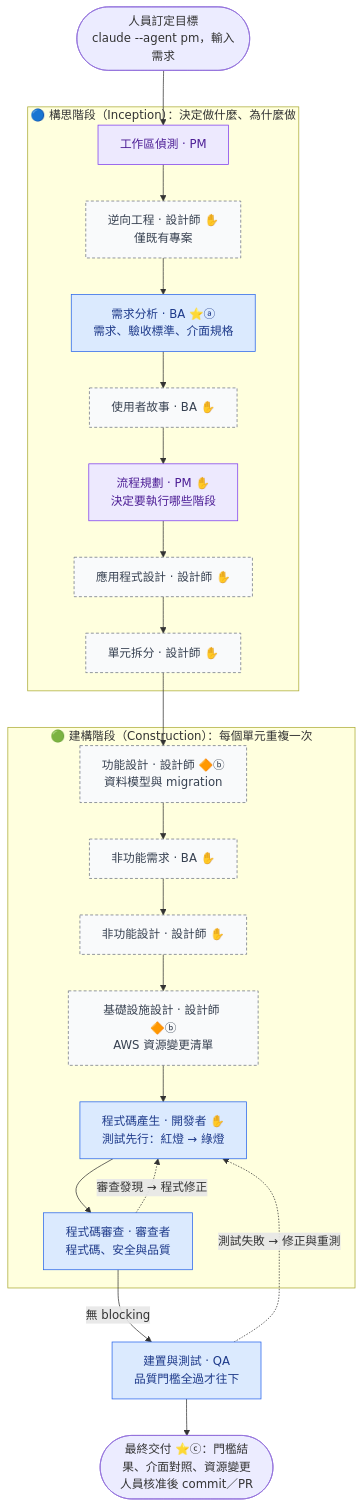
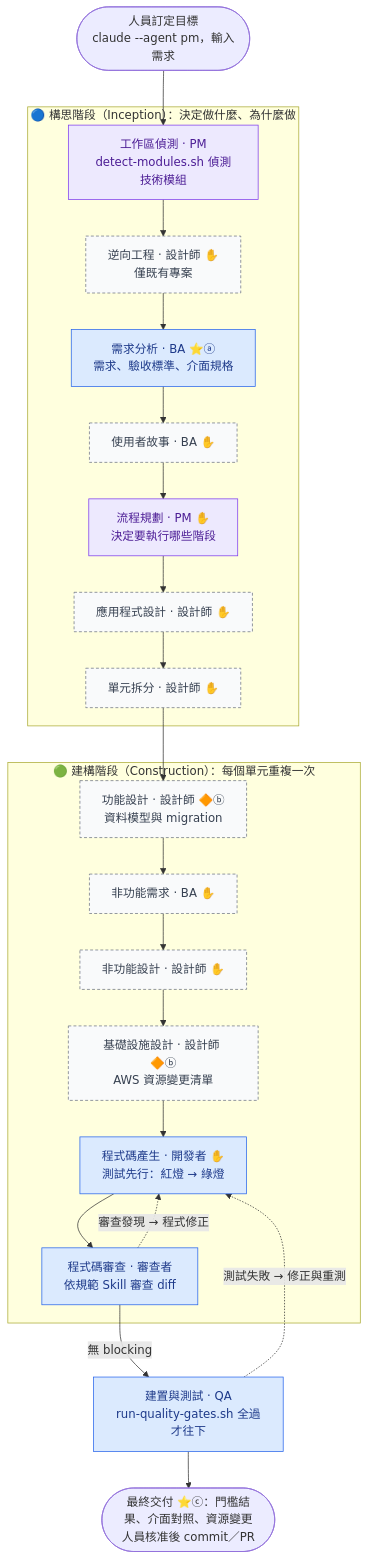
One commit to shihjosh/Personal-AI-DLC changed the second of 4 diagrams in README.md. Above: the diagram before and after it, drawn with Mermaid. The commit also changed other lines of this file and 24 other files, not shown here.

````diff
--- a/README.md
+++ b/README.md
@@ -68,38 +68,38 @@
 ```mermaid
 flowchart TD
     START(["人員訂定目標<br/>claude --agent pm，輸入需求"]) --> WD
 
     subgraph INCEPTION["🔵 構思階段（Inception）：決定做什麼、為什麼做"]
-        WD["工作區偵測 · PM"]
+        WD["工作區偵測 · PM<br/>detect-modules.sh 偵測技術模組"]
         RE["逆向工程 · 設計師 ✋<br/>僅既有專案"]
         RA["需求分析 · BA ⭐ⓐ<br/>需求、驗收標準、介面規格"]
         US["使用者故事 · BA ✋"]
         WP["流程規劃 · PM ✋<br/>決定要執行哪些階段"]
         AD["應用程式設計 · 設計師 ✋"]
         UG["單元拆分 · 設計師 ✋"]
         WD --> RE --> RA --> US --> WP --> AD --> UG
     end
 
     subgraph CONSTRUCTION["🟢 建構階段（Construction）：每個單元重複一次"]
         FD["功能設計 · 設計師 🔶ⓑ<br/>資料模型與 migration"]
         NR["非功能需求 · BA ✋"]
         ND["非功能設計 · 設計師 ✋"]
         ID["基礎設施設計 · 設計師 🔶ⓑ<br/>AWS 資源變更清單"]
         CG["程式碼產生 · 開發者 ✋<br/>測試先行：紅燈 → 綠燈"]
-        CR["程式碼審查 · 審查者<br/>程式碼、安全與品質"]
+        CR["程式碼審查 · 審查者<br/>依規範 Skill 審查 diff"]
         FD --> NR --> ND --> ID --> CG --> CR
         CR -.->|審查發現 → 程式修正| CG
     end
 
     UG --> FD
-    CR -->|無 blocking| BT["建置與測試 · QA<br/>品質門檻全過才往下"]
+    CR -->|無 blocking| BT["建置與測試 · QA<br/>run-quality-gates.sh 全過才往下"]
     BT -.->|測試失敗 → 修正與重測| CG
     BT --> DONE(["最終交付 ⭐ⓒ：門檻結果、介面對照、資源變更<br/>人員核准後 commit／PR"])
 
     classDef pm fill:#ede9fe,stroke:#7c3aed,color:#4c1d95
     classDef always fill:#dbeafe,stroke:#2563eb,color:#1e3a8a
     classDef cond fill:#f9fafb,stroke:#6b7280,stroke-dasharray:4 3,color:#374151
     class WD,WP pm
     class RA,CG,CR,BT always
     class RE,US,AD,UG,FD,NR,ND,ID cond
 ```
````
